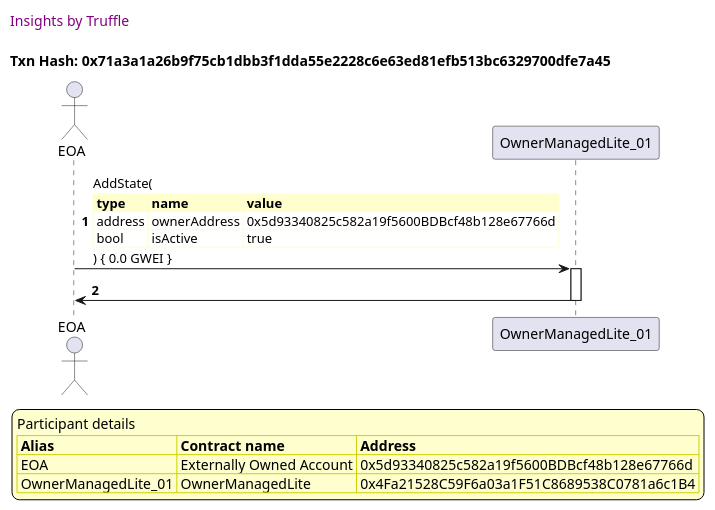
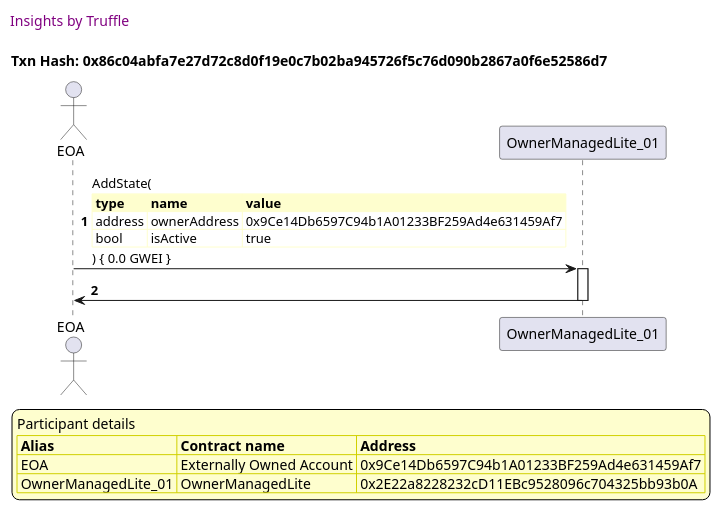
One commit to thedarkjester/ConsensysAssignment changed the sixth of 53 diagrams in truffle-seq/OwnerManagedLite_test_withdraw_and_fallback.md. Above: the diagram before and after it, drawn with PlantUML. The commit also changed other lines of this file and 13 other files, not shown here.

````diff
--- a/truffle-seq/OwnerManagedLite_test_withdraw_and_fallback.md
+++ b/truffle-seq/OwnerManagedLite_test_withdraw_and_fallback.md
@@ -235,41 +235,41 @@
 ```plantuml
 
 
 @startuml
 
 autonumber
 skinparam legendBackgroundColor #FEFECE
 
 <style>
       header {
         HorizontalAlignment left
         FontColor purple
         FontSize 14
         Padding 10
       }
     </style>
 
 header Insights by Truffle
 
-title Txn Hash: 0x71a3a1a26b9f75cb1dbb3f1dda55e2228c6e63ed81efb513bc6329700dfe7a45
+title Txn Hash: 0x86c04abfa7e27d72c8d0f19e0c7b02ba945726f5c76d090b2867a0f6e52586d7
 
 
 actor EOA as "EOA"
 participant OwnerManagedLite_01 as "OwnerManagedLite_01"
 
 "EOA" -> "OwnerManagedLite_01" ++: AddState(\n\
 <#FEFECE,#FEFECE>|= type |= name |= value |\n\
-| address | ownerAddress | 0x5d93340825c582a19f5600BDBcf48b128e67766d |\n\
+| address | ownerAddress | 0x9Ce14Db6597C94b1A01233BF259Ad4e631459Af7 |\n\
 | bool | isActive | true |\n\
 ) { 0.0 GWEI }
 "OwnerManagedLite_01" -> "EOA" --: 
 
 legend
 Participant details
 <#FEFECE,#D0D000>|= Alias |= Contract name |= Address |
-<#FEFECE>| EOA | Externally Owned Account | 0x5d93340825c582a19f5600BDBcf48b128e67766d |
-<#FEFECE>| OwnerManagedLite_01 | OwnerManagedLite | 0x4Fa21528C59F6a03a1F51C8689538C0781a6c1B4 |
+<#FEFECE>| EOA | Externally Owned Account | 0x9Ce14Db6597C94b1A01233BF259Ad4e631459Af7 |
+<#FEFECE>| OwnerManagedLite_01 | OwnerManagedLite | 0x2E22a8228232cD11EBc9528096c704325bb93b0A |
 endlegend
 
 @enduml
 ```
````
